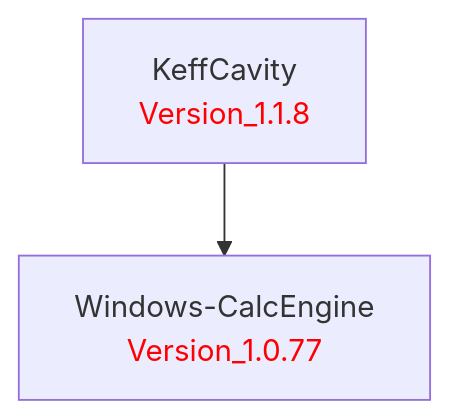
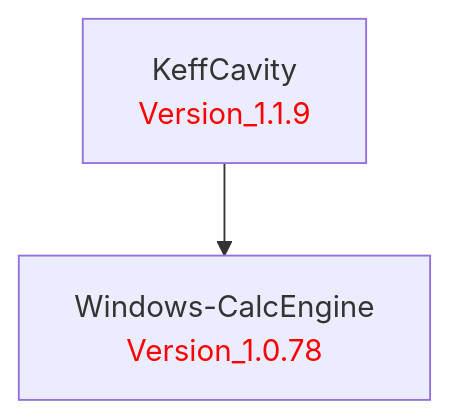
Before and after one commit to LBNL-ETA/KeffCavity: the diagram in doc/KeffCavity.md, drawn with Mermaid. The commit also changed 1 other file, not shown here.

Commit message:
Bump to Version_1.1.9; Windows-CalcEngine Version_1.0.77 -> Version_1.0.78; refresh dep chart

````diff
--- a/doc/KeffCavity.md
+++ b/doc/KeffCavity.md
@@ -1,9 +1,9 @@
 ```mermaid
 graph TD
     %% Package definitions
-    KeffCavity[KeffCavity<br/><font color='red'>Version_1.1.8</font>]
-    WindowsCalcEngine[Windows-CalcEngine<br/><font color='red'>Version_1.0.77</font>]
+    KeffCavity[KeffCavity<br/><font color='red'>Version_1.1.9</font>]
+    WindowsCalcEngine[Windows-CalcEngine<br/><font color='red'>Version_1.0.78</font>]
 
     %% Package relations
     KeffCavity --> WindowsCalcEngine
 ```
````
